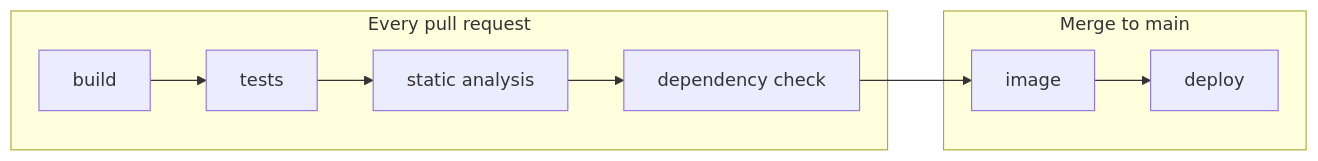
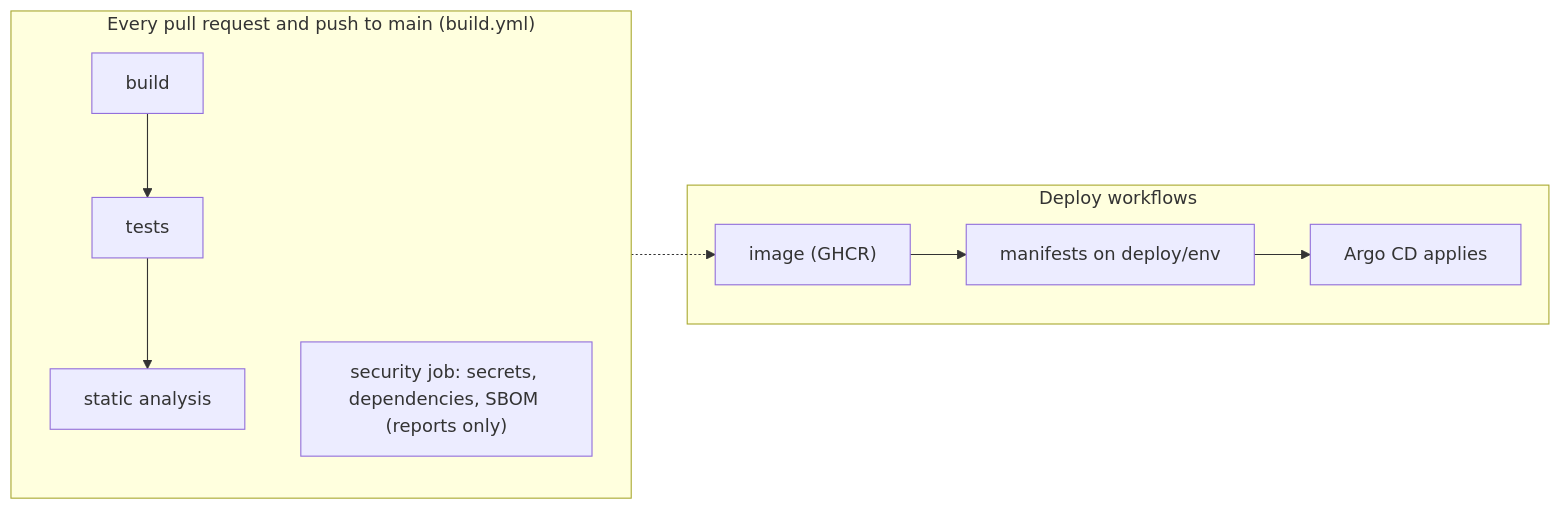
One commit to DiogoC0307/LABDSOF_2627_1221137_1211439_1211514_1250505 changed the diagram in docs/operations/deployment-and-operations.md. Above: the diagram before and after it, drawn with Mermaid. The commit also changed other lines of this file and 3 other files, not shown here.

````diff
--- a/docs/operations/deployment-and-operations.md
+++ b/docs/operations/deployment-and-operations.md
@@ -103,10 +153,11 @@
 ```mermaid
 flowchart LR
-  subgraph PR["Every pull request"]
-    B["build"] --> T["tests"] --> S["static analysis"] --> D["dependency check"]
+  subgraph PR["Every pull request and push to main (build.yml)"]
+    B["build"] --> T["tests"] --> S["static analysis"]
+    SEC["security job: secrets, dependencies, SBOM (reports only)"]
   end
-  subgraph MAIN["Merge to main"]
-    I["image"] --> P["deploy"]
+  subgraph DEPLOY["Deploy workflows"]
+    I["image (GHCR)"] --> P["manifests on deploy/env"] --> A["Argo CD applies"]
   end
-  D --> I
+  PR -.-> I
 ```
````
